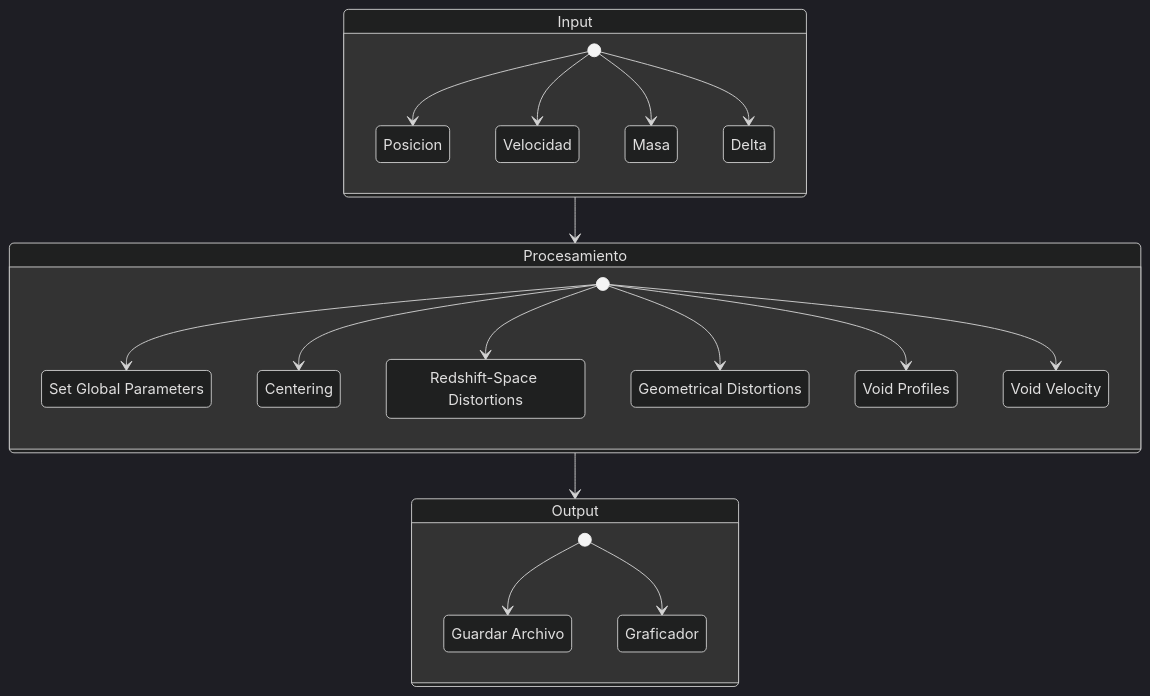
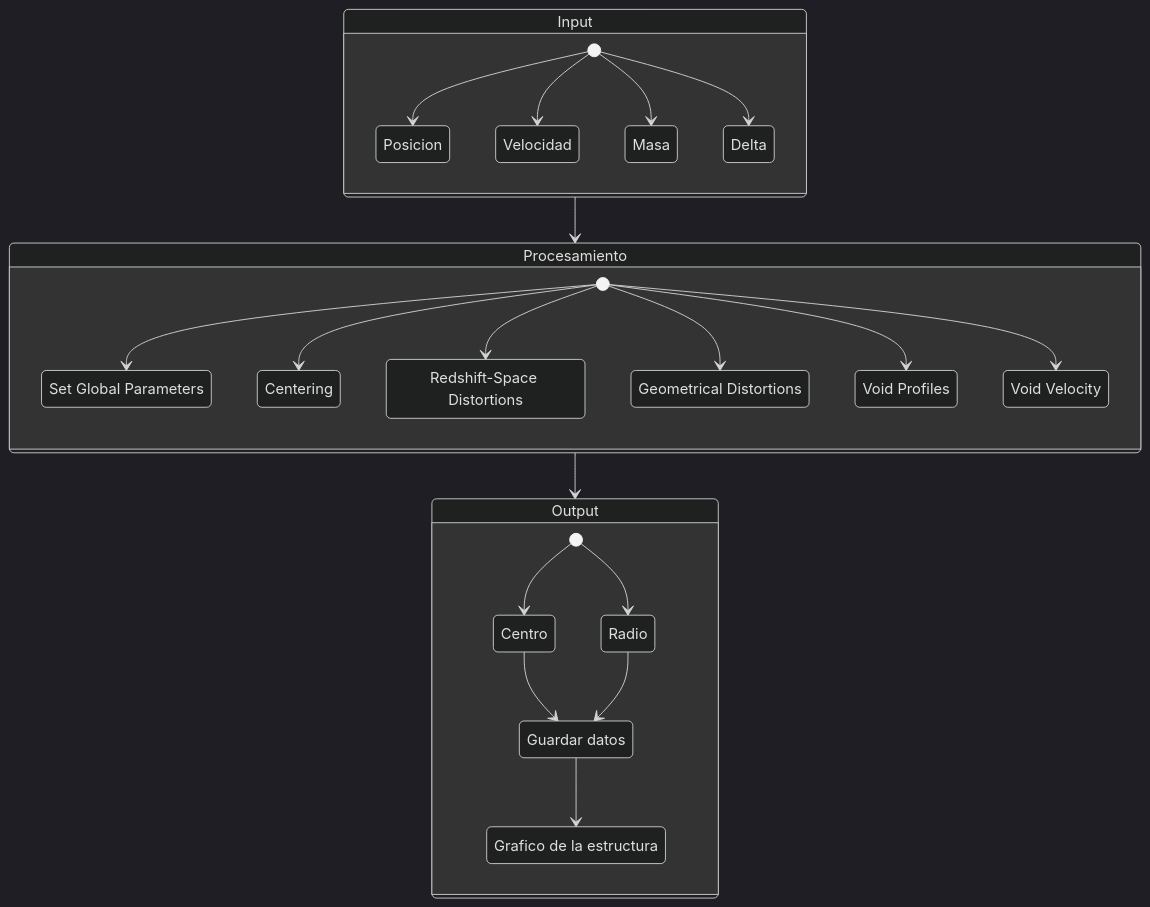
The first of 2 diagrams in README.md (FeD7791/voidFinderProject), drawn with Mermaid (dark theme) before and after one commit. The commit also changed other lines of this file, not shown here.

````diff
--- a/README.md
+++ b/README.md
@@ -25,38 +43,43 @@
 ```mermaid
   stateDiagram-v2
     
 
    Input --> Procesamiento
         state Input {
             [*]-->Posicion
             [*]-->Velocidad
             [*]-->Masa
             [*]-->Delta 
         }
 
         state Procesamiento {
             Element1: Set Global Parameters
             Element2: Centering
             Element3: Redshift-Space Distortions
             Element4: Geometrical Distortions
             Element5: Void Profiles
             Element6: Void Velocity
             
             [*] --> Element1
             [*] --> Element2
             [*] --> Element3
             [*] --> Element4
             [*] --> Element5
             [*] --> Element6
 
             
         }
     
     Procesamiento --> Output
         state Output {
-                Save: Guardar Archivo
-                Grafico: Graficador
-                [*] --> Save
-                [*] --> Grafico
+                centro: Centro
+                radio: Radio
+                save: Guardar datos
+                graph: Grafico de la estructura
+                [*] --> centro
+                [*] --> radio
+                centro --> save
+                radio --> save
+                save --> graph
             }
 ```
````
